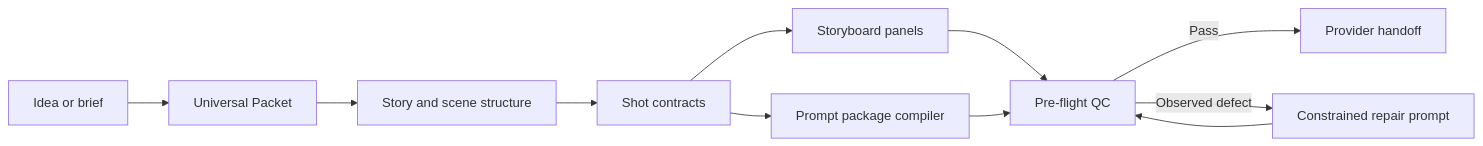
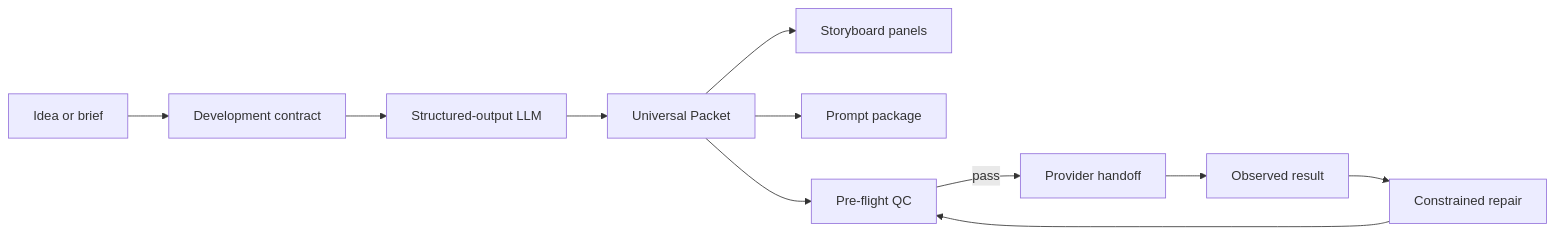
Before and after one commit to shrishmanglik/auteur-frameworks: the diagram in README.md, drawn with Mermaid. The commit also changed other lines of this file and 42 other files, not shown here.

````diff
--- a/README.md
+++ b/README.md
@@ -78,13 +174,13 @@
-~~~mermaid
+```mermaid
 flowchart LR
-    A["Idea or brief"] --> B["Universal Packet"]
-    B --> C["Story and scene structure"]
-    C --> D["Shot contracts"]
+    A["Idea or brief"] --> B["Development contract"]
+    B --> C["Structured-output LLM"]
+    C --> D["Universal Packet"]
     D --> E["Storyboard panels"]
-    D --> F["Prompt package compiler"]
-    E --> G["Pre-flight QC"]
-    F --> G
-    G -->|"Pass"| H["Provider handoff"]
-    G -->|"Observed defect"| I["Constrained repair prompt"]
-    I --> G
-~~~
+    D --> F["Prompt package"]
+    D --> G["Pre-flight QC"]
+    G -->|"pass"| H["Provider handoff"]
+    H --> I["Observed result"]
+    I --> J["Constrained repair"]
+    J --> G
+```
````
